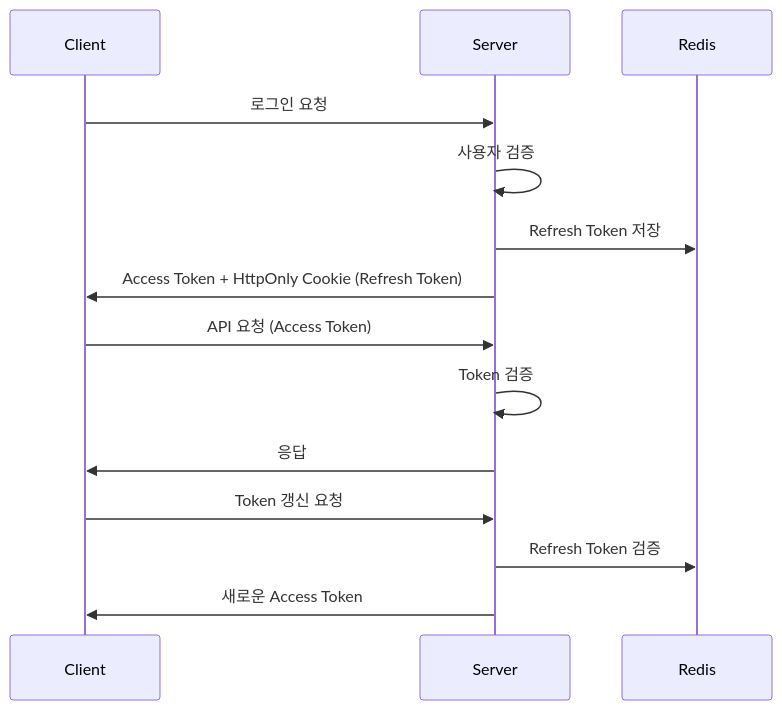
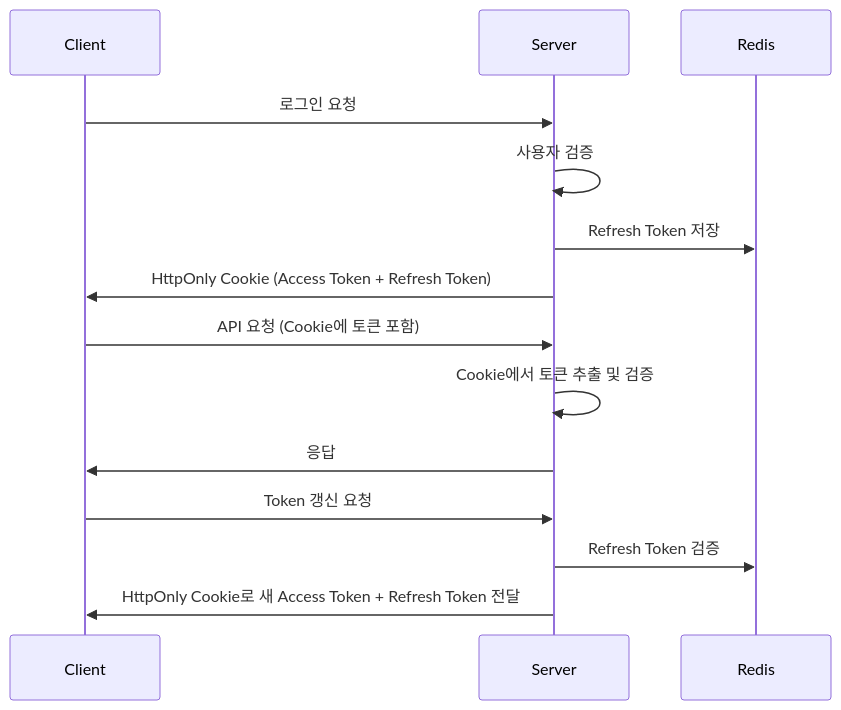
The first of 2 diagrams in README.md (Iusto/byeolnight), drawn with Mermaid before and after one commit. The commit also changed other lines of this file and 1 other file, not shown here.

````diff
--- a/README.md
+++ b/README.md
@@ -802,19 +837,19 @@
 ```mermaid
 sequenceDiagram
     participant C as Client
     participant S as Server
     participant R as Redis
     
     C->>S: 로그인 요청
     S->>S: 사용자 검증
     S->>R: Refresh Token 저장
-    S->>C: Access Token + HttpOnly Cookie (Refresh Token)
+    S->>C: HttpOnly Cookie (Access Token + Refresh Token)
     
-    C->>S: API 요청 (Access Token)
-    S->>S: Token 검증
+    C->>S: API 요청 (Cookie에 토큰 포함)
+    S->>S: Cookie에서 토큰 추출 및 검증
     S->>C: 응답
     
     C->>S: Token 갱신 요청
     S->>R: Refresh Token 검증
-    S->>C: 새로운 Access Token
+    S->>C: HttpOnly Cookie로 새 Access Token + Refresh Token 전달
 ```
````
